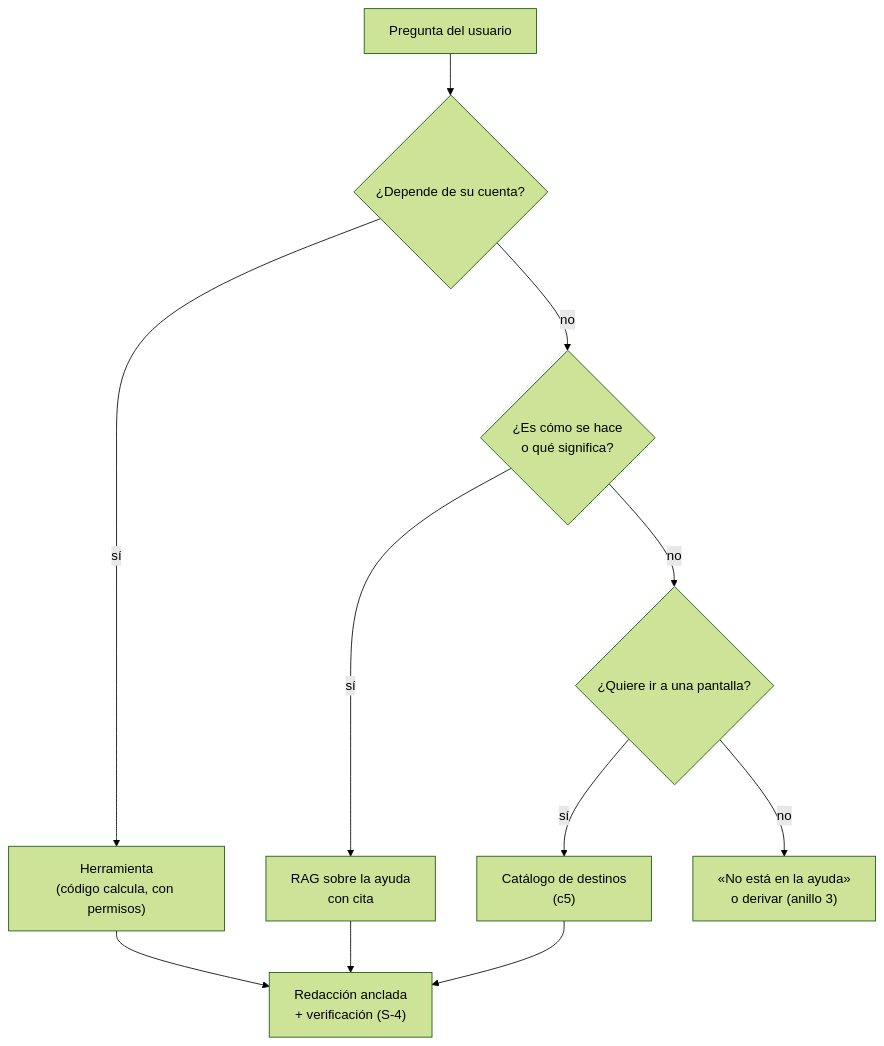
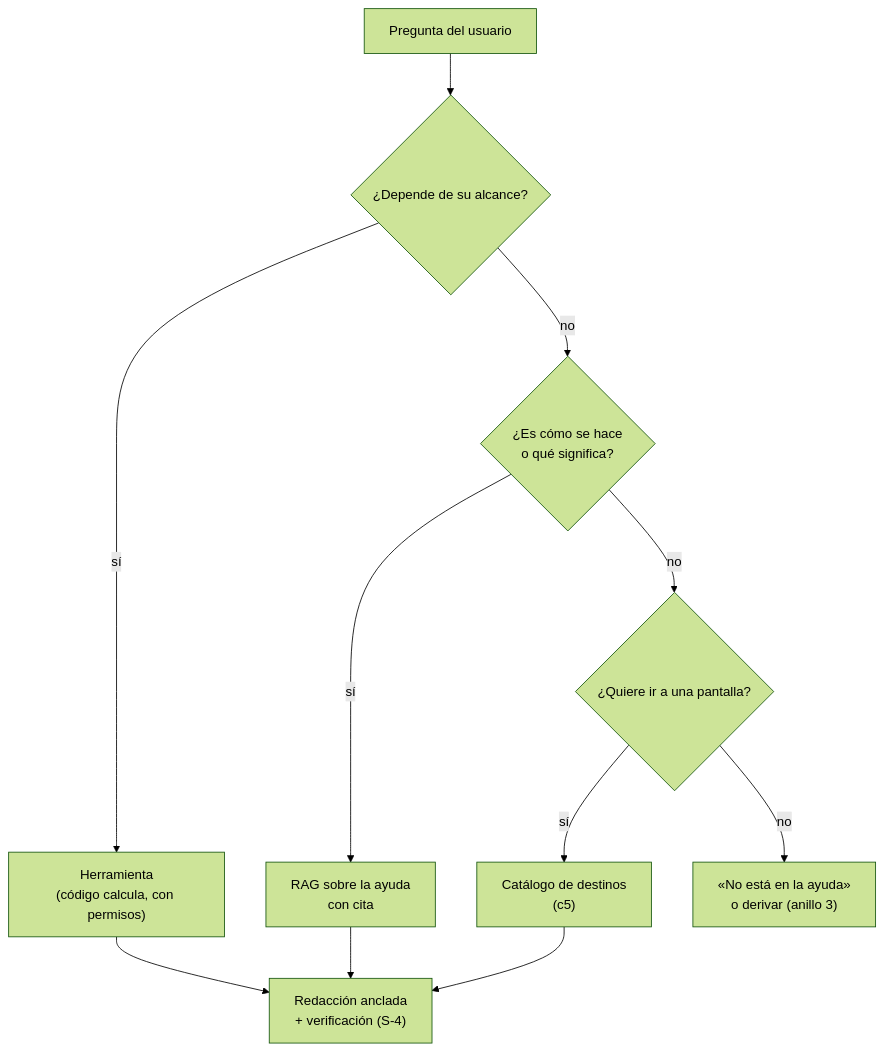
One commit to hdcm-dev/Lab-Documentos changed diagram 11 of 27 in Guides/IA/Dot-Net-Integration-AI-Layer-Guide/Conversational-Design-Framework-Guide.md. Above: the diagram before and after it, drawn with Mermaid (forest theme). The commit also changed other lines of this file and 6 other files, not shown here.

````diff
--- a/Guides/IA/Dot-Net-Integration-AI-Layer-Guide/Conversational-Design-Framework-Guide.md
+++ b/Guides/IA/Dot-Net-Integration-AI-Layer-Guide/Conversational-Design-Framework-Guide.md
@@ -1146,13 +1331,13 @@
 ```mermaid
 flowchart TD
-  P["Pregunta del usuario"] --> Q1{"¿Depende de su cuenta?"}
+  P["Pregunta del usuario"] --> Q1{"¿Depende de su alcance?"}
   Q1 -- sí --> H["Herramienta<br/>(código calcula, con permisos)"]
   Q1 -- no --> Q2{"¿Es cómo se hace<br/>o qué significa?"}
   Q2 -- sí --> R["RAG sobre la ayuda<br/>con cita"]
   Q2 -- no --> Q3{"¿Quiere ir a una pantalla?"}
   Q3 -- sí --> D["Catálogo de destinos<br/>(c5)"]
   Q3 -- no --> N["«No está en la ayuda»<br/>o derivar (anillo 3)"]
   H --> V["Redacción anclada<br/>+ verificación (S-4)"]
   R --> V
   D --> V
 ```
````
